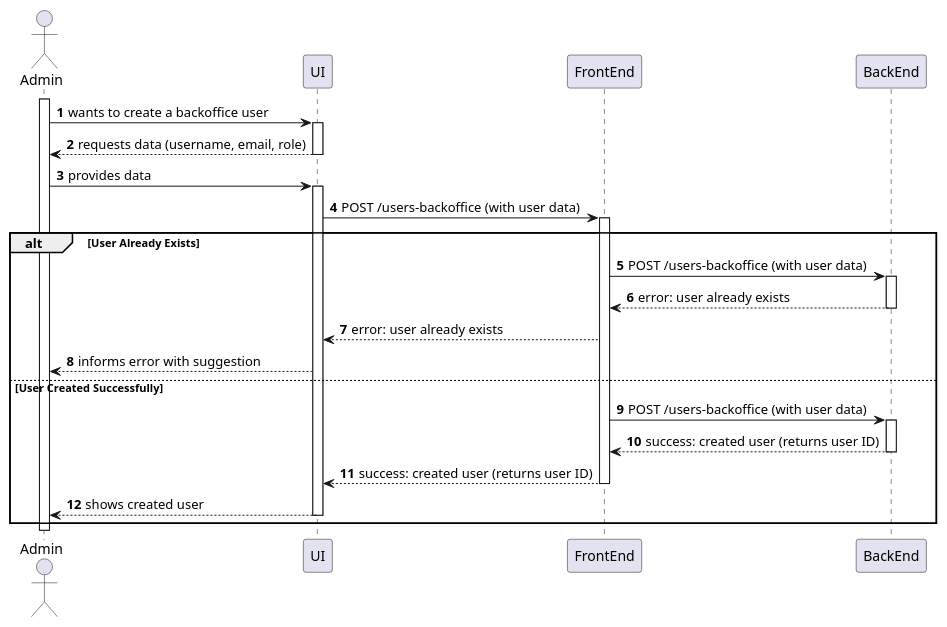
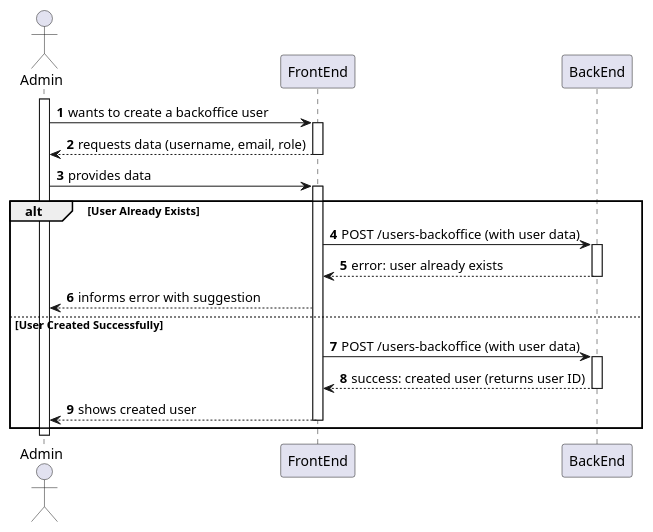
One commit to MiguelCardoso77/SurgicalSync-BackEnd changed the diagram in docs/SprintA/1-register-backoffice-users/level2/process-view.puml. Above: the diagram before and after it, drawn with PlantUML. The commit also changed 6 other files, not shown here.

```diff
--- a/docs/SprintA/1-register-backoffice-users/level2/process-view.puml
+++ b/docs/SprintA/1-register-backoffice-users/level2/process-view.puml
@@ -1,51 +1,44 @@
 @startuml
 autonumber
 
 actor "Admin" as USER
 
-participant "UI" as UI
 participant "FrontEnd" as FE
 participant "BackEnd" as BE
 
 activate USER
 
-    USER -> UI : wants to create a backoffice user
-    activate UI
+    USER -> FE : wants to create a backoffice user
+    activate FE
     
-        UI --> USER : requests data (username, email, role)
-    deactivate UI
+        FE --> USER : requests data (username, email, role)
+    deactivate FE
 
-    USER -> UI : provides data
-    activate UI
-    
-        UI -> FE  : POST /users-backoffice (with user data)
+    USER -> FE : provides data
+   
         activate FE
         
             alt User Already Exists
                
-                FE -> BE : POST /users-backoffice (with user data)
-                activate BE
-                
-                    BE --> FE : error: user already exists
-                deactivate BE
-                
-                FE --> UI  : error: user already exists
-                UI --> USER : informs error with suggestion
+            FE -> BE : POST /users-backoffice (with user data)
+            activate BE
+            
+                BE --> FE : error: user already exists
+            deactivate BE 
+            FE --> USER : informs error with suggestion
+            
             else User Created Successfully
             
-                FE -> BE : POST /users-backoffice (with user data)
-                activate BE
-                
-                    BE --> FE : success: created user (returns user ID)
-                deactivate BE
-                FE --> UI : success: created user (returns user ID)
-                
+            FE -> BE : POST /users-backoffice (with user data)
+            activate BE
+            
+                BE --> FE : success: created user (returns user ID)
+            deactivate BE
+               
+            FE --> USER : shows created user
         deactivate FE
-        
-        UI --> USER : shows created user
-    deactivate UI
     end
             
 deactivate USER
 
 @enduml
```
